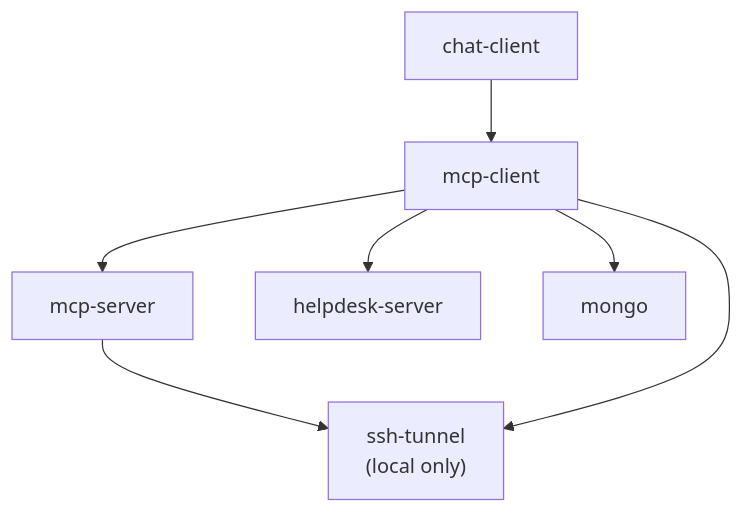
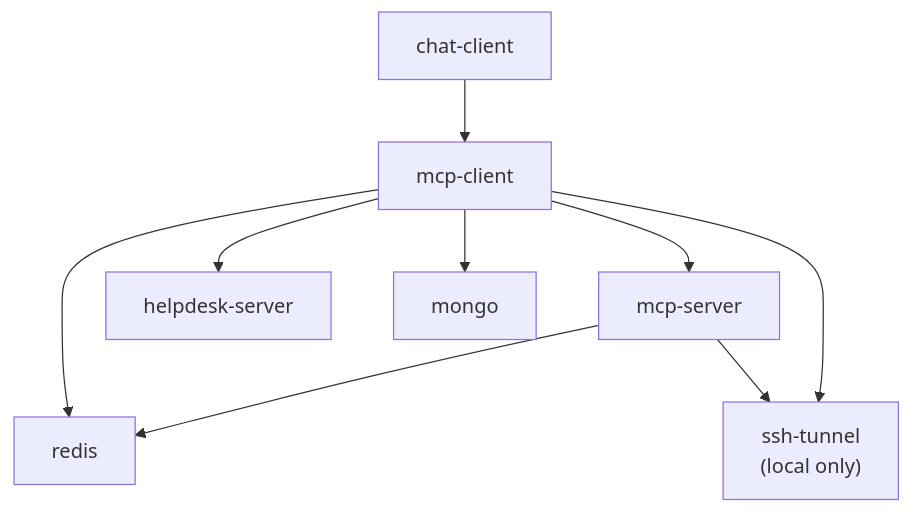
The third of 22 diagrams in Documentation.md (Isprava/lohono-db-connect), drawn with Mermaid before and after one commit. The commit also changed other lines of this file and 35 other files, not shown here.

First line of the commit message:
feat: modularize architecture with plugin system, circuit breakers, Redis caching, and ACL refactor

````diff
--- a/Documentation.md
+++ b/Documentation.md
@@ -114,9 +121,11 @@
 ```mermaid
 graph TD
     chat["chat-client"] --> client["mcp-client"]
     client --> mcp["mcp-server"]
     client --> helpdesk["helpdesk-server"]
     client --> mongo["mongo"]
+    client --> redis_d["redis"]
+    mcp --> redis_d
     mcp --> tunnel["ssh-tunnel<br/>(local only)"]
     client --> tunnel
 ```
````
